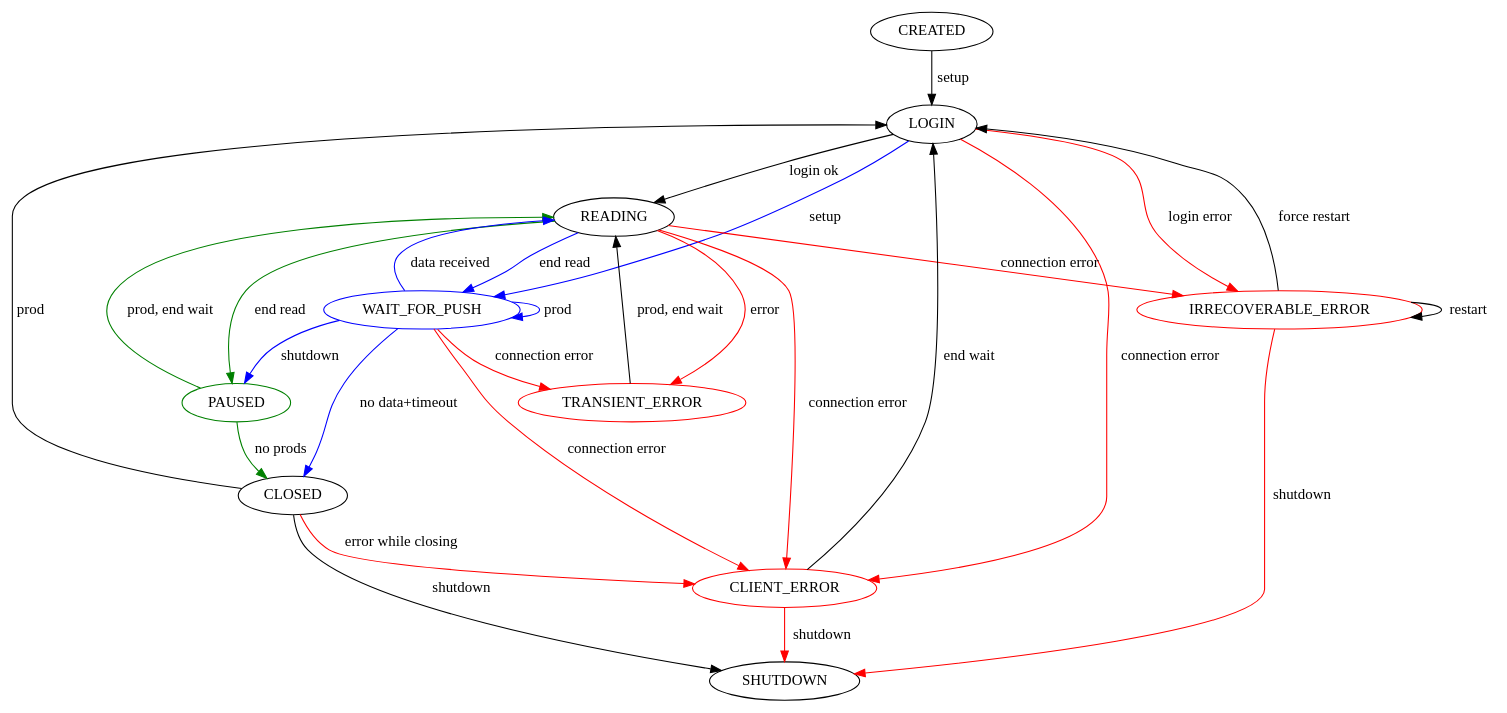
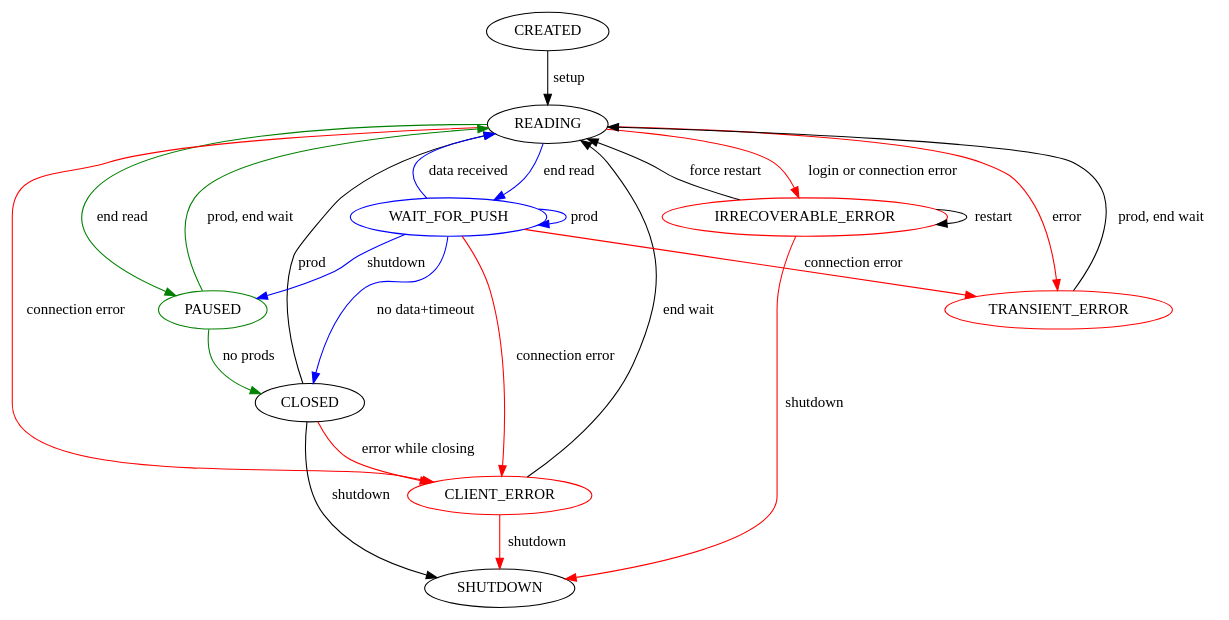
The diagram in doc/sourcereader.dot (assembl/assembl), drawn with Graphviz before and after one commit.

Commit message:
update documentation: login not used after all

```diff
--- a/doc/sourcereader.dot
+++ b/doc/sourcereader.dot
@@ -1,46 +1,40 @@
 strict digraph {
     CREATED;
-    LOGIN;
     READING;
     PAUSED;
     CLOSED;
     SHUTDOWN;
 
-    CREATED->LOGIN [label="setup"];
-    LOGIN->READING [label="login ok"];
+    CREATED->READING [label="setup"];
     TRANSIENT_ERROR->READING [label="prod, end wait"];
-    CLOSED->LOGIN [label="prod"];
+    CLOSED->READING [label="prod"];
     CLOSED->SHUTDOWN [label="shutdown"];
-    CLIENT_ERROR->LOGIN [label="end wait"];
+    CLIENT_ERROR->READING [label="end wait"];
     IRRECOVERABLE_ERROR->IRRECOVERABLE_ERROR [label="restart"];
-    IRRECOVERABLE_ERROR->LOGIN [label="force restart"];
+    IRRECOVERABLE_ERROR->READING [label="force restart"];
     CLIENT_ERROR->SHUTDOWN [label="shutdown", color="red"];
     IRRECOVERABLE_ERROR->SHUTDOWN [label="shutdown", color="red"];
 
     TRANSIENT_ERROR [color="red"];
     CLIENT_ERROR [color="red"];
     IRRECOVERABLE_ERROR [color="red"];
-    LOGIN->CLIENT_ERROR [label="connection error", color="red"];
-    LOGIN->IRRECOVERABLE_ERROR [label="login error", color="red"];
-    READING->TRANSIENT_ERROR [label="connection error", color="red"];
     READING->CLIENT_ERROR [label="connection error", color="red"];
-    READING->IRRECOVERABLE_ERROR [label="connection error", color="red"];
+    READING->IRRECOVERABLE_ERROR [label="login or connection error", color="red"];
     READING->TRANSIENT_ERROR [label="error", color="red"];
     CLOSED->CLIENT_ERROR [label="error while closing", color="red"];
 
     PAUSED [color="green"];
     READING->PAUSED [label="end read", color="green"];
     PAUSED->READING [label="prod, end wait", color="green"];
     PAUSED->CLOSED [label="no prods", color="green"];
 
     WAIT_FOR_PUSH [color="blue"];
-    LOGIN->WAIT_FOR_PUSH [label="setup", color="blue"];
     READING->WAIT_FOR_PUSH [label="end read", color="blue"];
     WAIT_FOR_PUSH->READING [label="data received", color="blue"];
     WAIT_FOR_PUSH->PAUSED [label="shutdown", color="blue"];
     WAIT_FOR_PUSH->TRANSIENT_ERROR [label="connection error", color="red"];
     WAIT_FOR_PUSH->CLIENT_ERROR [label="connection error", color="red"];
     WAIT_FOR_PUSH->WAIT_FOR_PUSH [label="prod", color="blue"];
     WAIT_FOR_PUSH->CLOSED [label="no data+timeout", color="blue"];
 
 }
```
